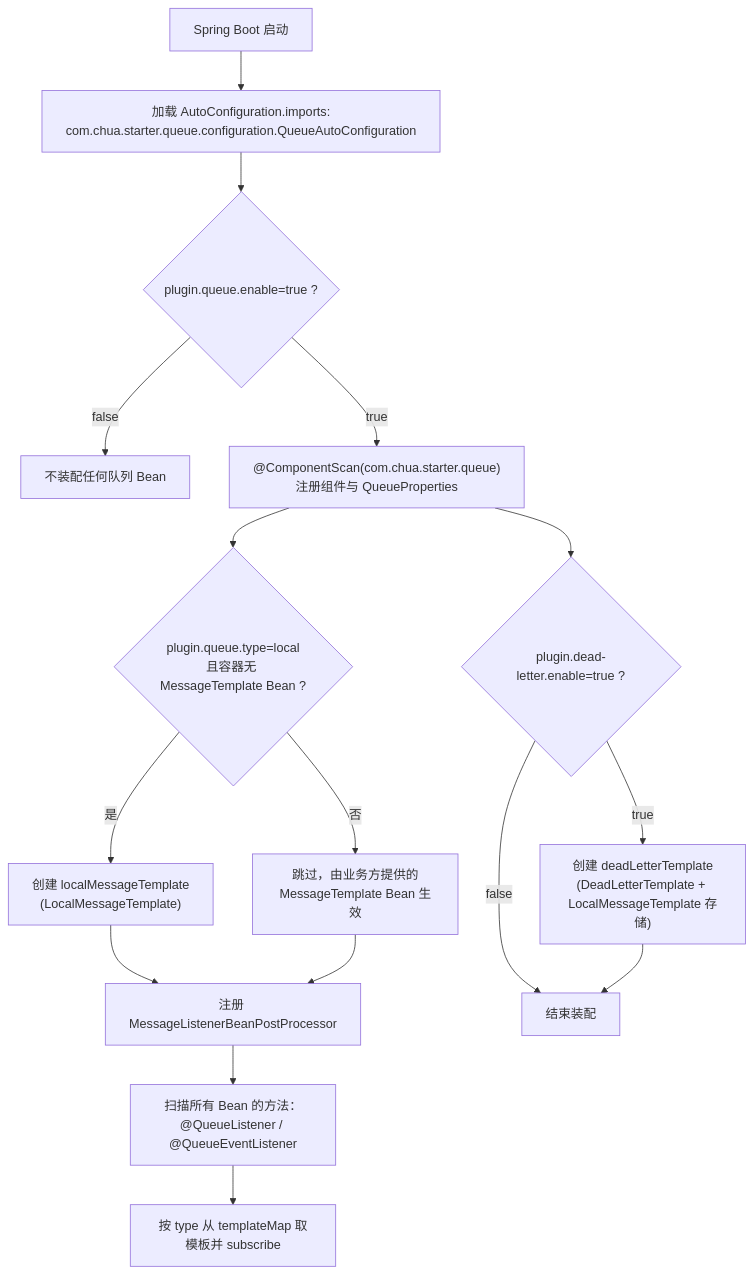
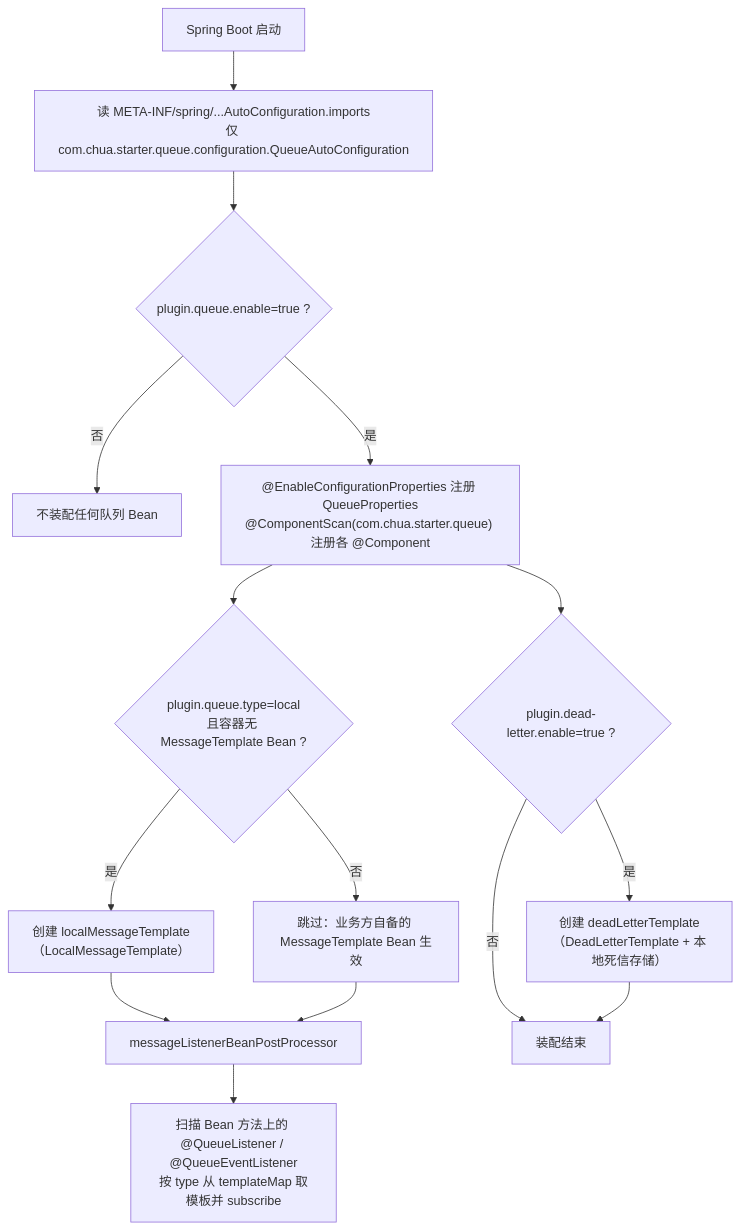
The second of 2 diagrams in spring-support-queue-starter/README.md (CHTK001/spring-support-parent-starter), drawn with Mermaid before and after one commit. The commit also changed other lines of this file and 54 other files, not shown here.

````diff
--- a/spring-support-queue-starter/README.md
+++ b/spring-support-queue-starter/README.md
@@ -97,18 +39,17 @@
 ```mermaid
 flowchart TD
-    S["Spring Boot 启动"] --> L["加载 AutoConfiguration.imports:<br/>com.chua.starter.queue.configuration.QueueAutoConfiguration"]
+    S["Spring Boot 启动"] --> L["读 META-INF/spring/...AutoConfiguration.imports<br/>仅 com.chua.starter.queue.configuration.QueueAutoConfiguration"]
     L --> C1{"plugin.queue.enable=true ?"}
-    C1 -->|"false"| STOP["不装配任何队列 Bean"]
-    C1 -->|"true"| CS["@ComponentScan(com.chua.starter.queue)<br/>注册组件与 QueueProperties"]
+    C1 -->|否| STOP["不装配任何队列 Bean"]
+    C1 -->|是| CS["@EnableConfigurationProperties 注册 QueueProperties<br/>@ComponentScan(com.chua.starter.queue) 注册各 @Component"]
     CS --> C2{"plugin.queue.type=local<br/>且容器无 MessageTemplate Bean ?"}
-    C2 -->|"是"| LOCAL["创建 localMessageTemplate<br/>(LocalMessageTemplate)"]
-    C2 -->|"否"| SKIP["跳过，由业务方提供的<br/>MessageTemplate Bean 生效"]
-    LOCAL --> BPP["注册 MessageListenerBeanPostProcessor"]
+    C2 -->|是| LOCAL["创建 localMessageTemplate（LocalMessageTemplate）"]
+    C2 -->|否| SKIP["跳过：业务方自备的 MessageTemplate Bean 生效"]
+    LOCAL --> BPP["messageListenerBeanPostProcessor"]
     SKIP --> BPP
-    BPP --> SCAN["扫描所有 Bean 的方法：<br/>@QueueListener / @QueueEventListener"]
-    SCAN --> SUB["按 type 从 templateMap 取模板并 subscribe"]
+    BPP --> SCAN["扫描 Bean 方法上的 @QueueListener / @QueueEventListener<br/>按 type 从 templateMap 取模板并 subscribe"]
     CS --> DL{"plugin.dead-letter.enable=true ?"}
-    DL -->|"true"| DLT["创建 deadLetterTemplate<br/>(DeadLetterTemplate + LocalMessageTemplate 存储)"]
-    DL -->|"false"| END["结束装配"]
+    DL -->|是| DLT["创建 deadLetterTemplate（DeadLetterTemplate + 本地死信存储）"]
+    DL -->|否| END["装配结束"]
     DLT --> END
 ```
````
